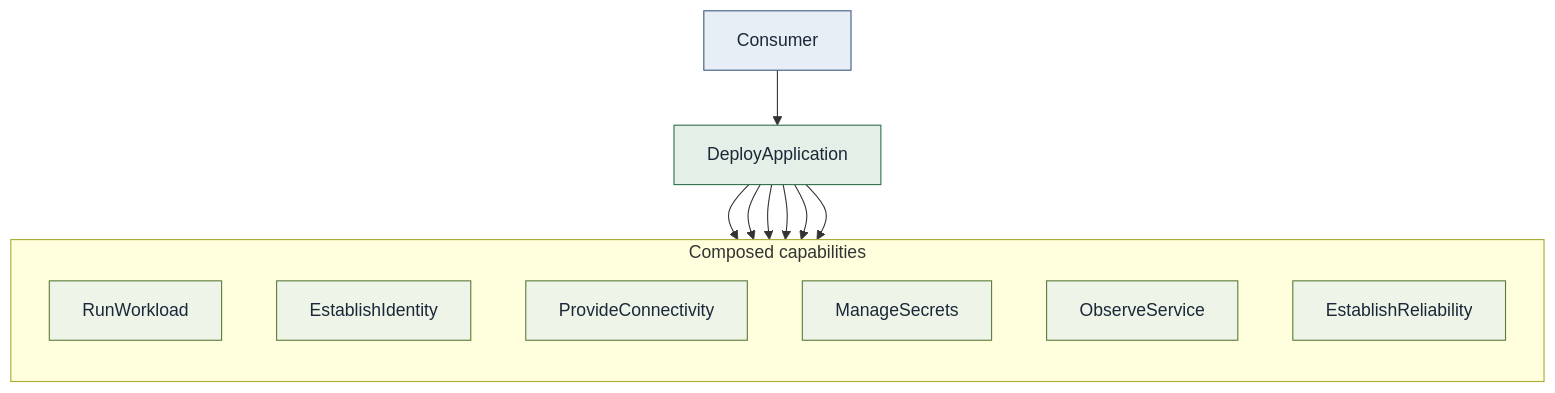
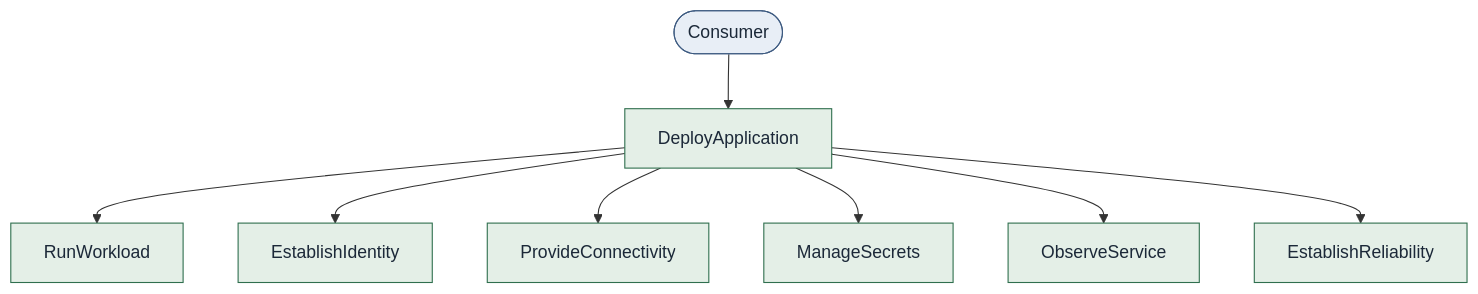
One commit to opsdevcode/convergence changed the diagram in diagrams/deploy-application-composition.md. Above: the diagram before and after it, drawn with Mermaid. The commit also changed other lines of this file and 24 other files, not shown here.

````diff
--- a/diagrams/deploy-application-composition.md
+++ b/diagrams/deploy-application-composition.md
@@ -5,27 +5,27 @@
 ```mermaid
 flowchart TB
-  Consumer["Consumer"]:::actor
+  Consumer(["Consumer"]):::intent
   Deploy["DeployApplication"]:::cap
-
-  subgraph composed["Composed capabilities"]
-    direction TB
-    Run["RunWorkload"]:::comp
-    Id["EstablishIdentity"]:::comp
-    Net["ProvideConnectivity"]:::comp
-    Secrets["ManageSecrets"]:::comp
-    Obs["ObserveService"]:::comp
-    Rel["EstablishReliability"]:::comp
-  end
+  Run["RunWorkload"]:::cap
+  Id["EstablishIdentity"]:::cap
+  Net["ProvideConnectivity"]:::cap
+  Secrets["ManageSecrets"]:::cap
+  Obs["ObserveService"]:::cap
+  Rel["EstablishReliability"]:::cap
 
   Consumer --> Deploy
   Deploy --> Run
   Deploy --> Id
   Deploy --> Net
   Deploy --> Secrets
   Deploy --> Obs
   Deploy --> Rel
 
-  classDef actor fill:#E8EEF6,stroke:#3D5A80,color:#1B2838
+  classDef intent fill:#E8EEF6,stroke:#3D5A80,color:#1B2838
   classDef cap fill:#E4EFE7,stroke:#2F6F4E,color:#1B2838
-  classDef comp fill:#EEF4E8,stroke:#5A7A3A,color:#1B2838
+  classDef exp fill:#F4EFE4,stroke:#8A6A2F,color:#1B2838
+  classDef real fill:#EEE8F6,stroke:#5B4B8A,color:#1B2838
+  classDef out fill:#F6E8EE,stroke:#8A4B63,color:#1B2838
+  classDef learn fill:#EEF4E8,stroke:#5A7A3A,color:#1B2838
+  classDef team fill:#F3F4F6,stroke:#6B7280,color:#111827
 ```
````
